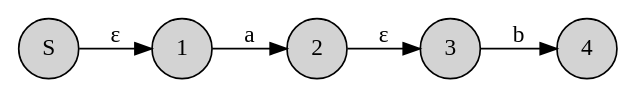
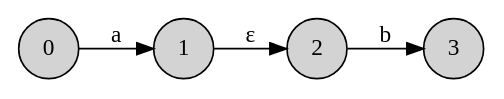
One commit to illusory0x0/containers.mbt changed the diagram in automaton/__snapshot__/nfa_concat.dot. Above: the diagram before and after it, drawn with Graphviz. The commit also changed 15 other files, not shown here.

```diff
--- a/automaton/__snapshot__/nfa_concat.dot
+++ b/automaton/__snapshot__/nfa_concat.dot
@@ -1,14 +1,12 @@
 
 digraph {
 rankdir=LR;
 node [shape = circle; style = filled;];
-0->1[label="ε"];
-3->4[label="b"];
-2->3[label="ε"];
-1->2[label="a"];
+0->1[label="a"];
+2->3[label="b"];
+1->2[label="ε"];
+0 [label="0";]
 1 [label="1";]
 2 [label="2";]
 3 [label="3";]
-4 [label="4";]
-0 [label="S";]
 }
```
